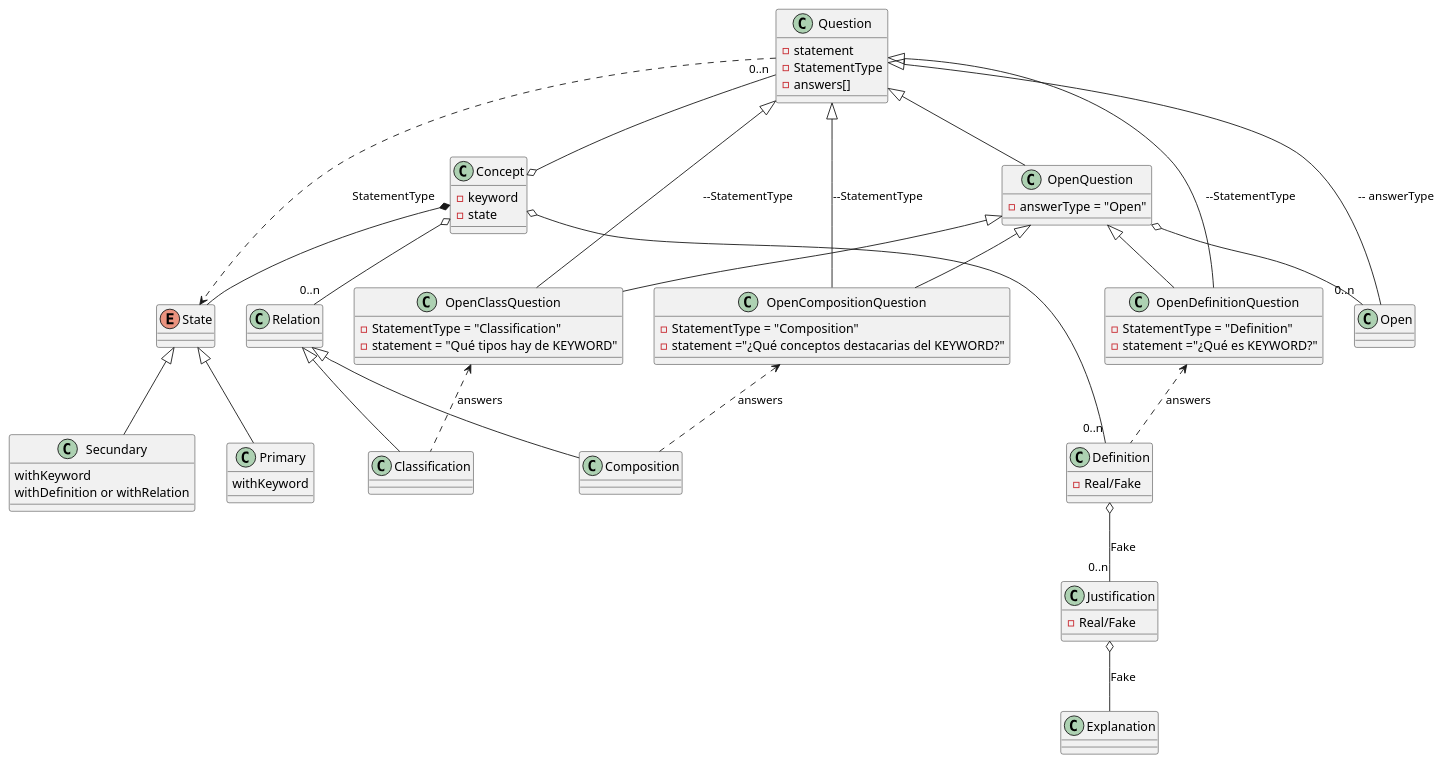
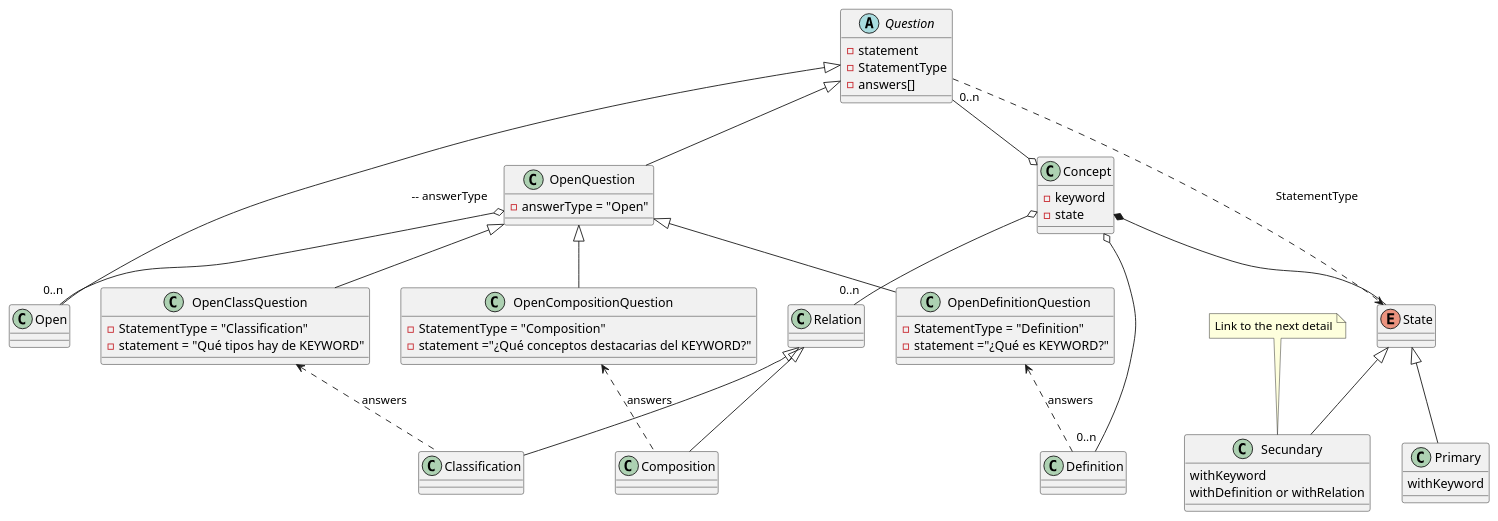
The diagram in doc/dominio_detail_concept.puml (Joselon/ProyectoOpoTest), drawn with PlantUML before and after one commit. The commit also changed other lines of this file and 3 other files, not shown here.

```diff
--- a/doc/dominio_detail_concept.puml
+++ b/doc/dominio_detail_concept.puml
@@ -1,96 +1,98 @@
 @startuml ConceptDomainDetail
 
 class Concept {
     - keyword
     - state
 }
 
-class Definition {
-    - Real/Fake
-}
+'class Definition {
+    '   - Real/Fake
+    '}
 
-class Justification {
-    - Real/Fake
-}
+'class Justification {
+    '    - Real/Fake
+    '}
 
-class Explanation
+'class Explanation
 
 class Relation
 
 class Classification
 
 class Composition
 
 enum State
 
 class Primary {
     withKeyword
 }
 
 class Secundary {
     withKeyword
     withDefinition or withRelation
 }
+note "Link to the next detail" as link
+link .- Secundary
 
 class OpenDefinitionQuestion {
     - StatementType = "Definition"
     - statement ="¿Qué es KEYWORD?"
 
 }
 
 class OpenClassQuestion {
     - StatementType = "Classification"
     - statement = "Qué tipos hay de KEYWORD"
 
 }
 
 class OpenCompositionQuestion {
     - StatementType = "Composition"
     - statement ="¿Qué conceptos destacarias del KEYWORD?"
 
 }
 
-class Question {
+abstract class Question {
     - statement
     - StatementType
     - answers[]
 }
 
 class OpenQuestion {
     - answerType = "Open"
 }
 
 class Open
 
 Question <|-- OpenQuestion
 Question "0..n" -o Concept
 Question <|-- Open :-- answerType
 OpenQuestion o--"0..n" Open
 Concept *-- State
 Question ..> State: StatementType
 
 Concept o--"0..n" Definition
-Definition o-- "0..n" Justification:Fake
-Justification o-- Explanation:Fake
+'Definition o-- "0..n" Justification:Fake
+'Justification o-- Explanation:Fake
 
 Concept o-- "0..n" Relation
 Relation <|-- Classification
 Relation <|-- Composition
 
 State <|-- Primary
 State <|-- Secundary
 
-Question <|-- OpenDefinitionQuestion :--StatementType
-Question <|-- OpenClassQuestion :--StatementType
-Question <|-- OpenCompositionQuestion :--StatementType
+'Question <|-- OpenDefinitionQuestion :--StatementType
+'Question <|-- OpenClassQuestion :--StatementType
+'Question <|-- OpenCompositionQuestion :--StatementType
 
 OpenQuestion <|-- OpenDefinitionQuestion
 OpenDefinitionQuestion <.. Definition: answers
 
 OpenQuestion <|-- OpenClassQuestion
 OpenClassQuestion <.. Classification :answers
 
 OpenQuestion <|-- OpenCompositionQuestion
 OpenCompositionQuestion <.. Composition :answers
 
 @enduml
```
